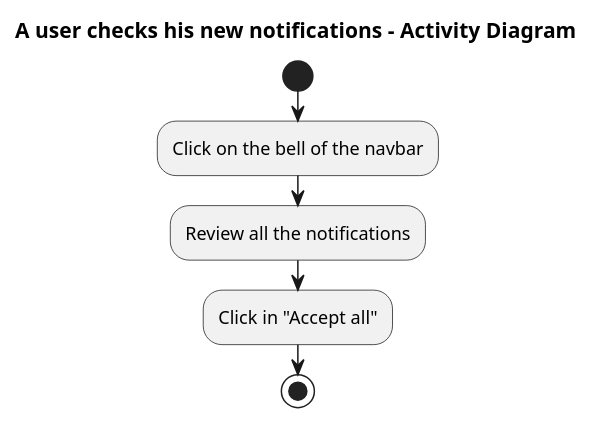
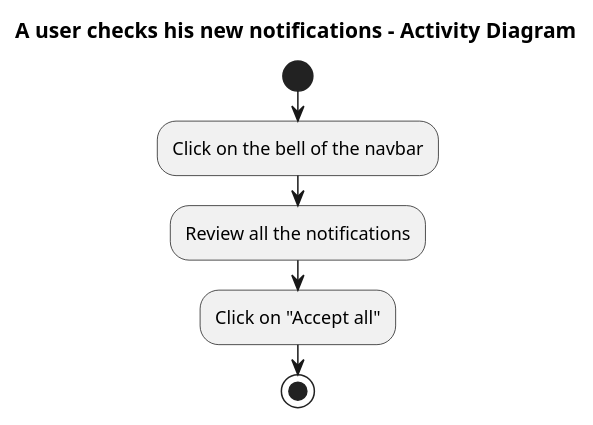
One commit to Arquisoft/viade_en1b changed the diagram in src/docs/diagrams/06-05_CheckingNotifications.puml. Above: the diagram before and after it, drawn with PlantUML. The commit also changed 5 other files, not shown here.

```diff
--- a/src/docs/diagrams/06-05_CheckingNotifications.puml
+++ b/src/docs/diagrams/06-05_CheckingNotifications.puml
@@ -1,11 +1,11 @@
 title A user checks his new notifications - Activity Diagram 
 
 start
 
 :Click on the bell of the navbar;
 
 :Review all the notifications;
 
-:Click in "Accept all";
+:Click on "Accept all";
 
 stop
```
